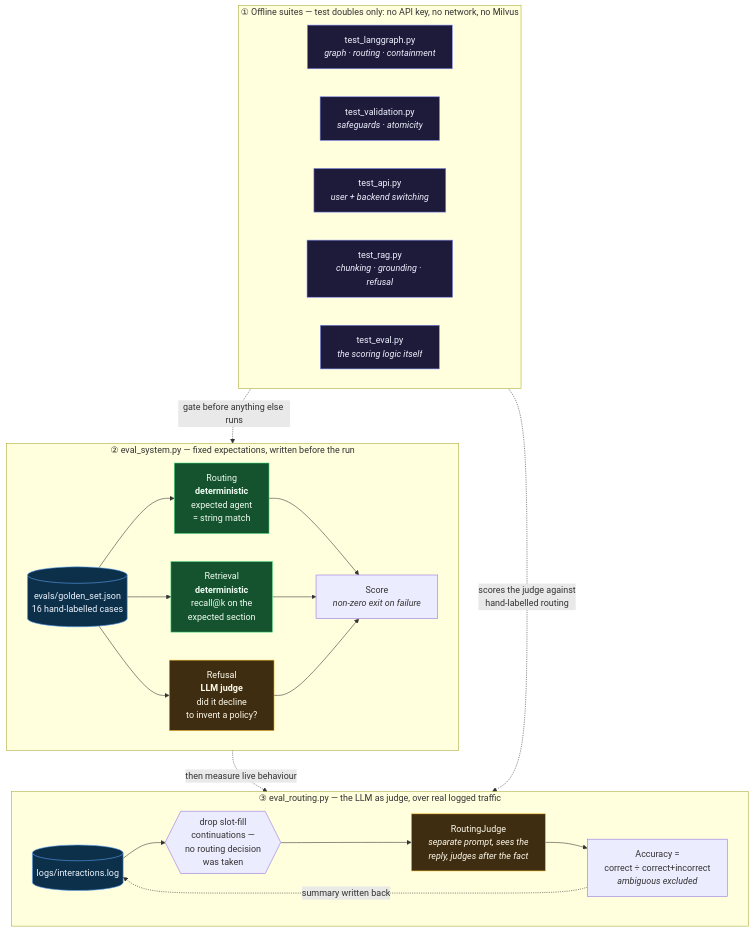
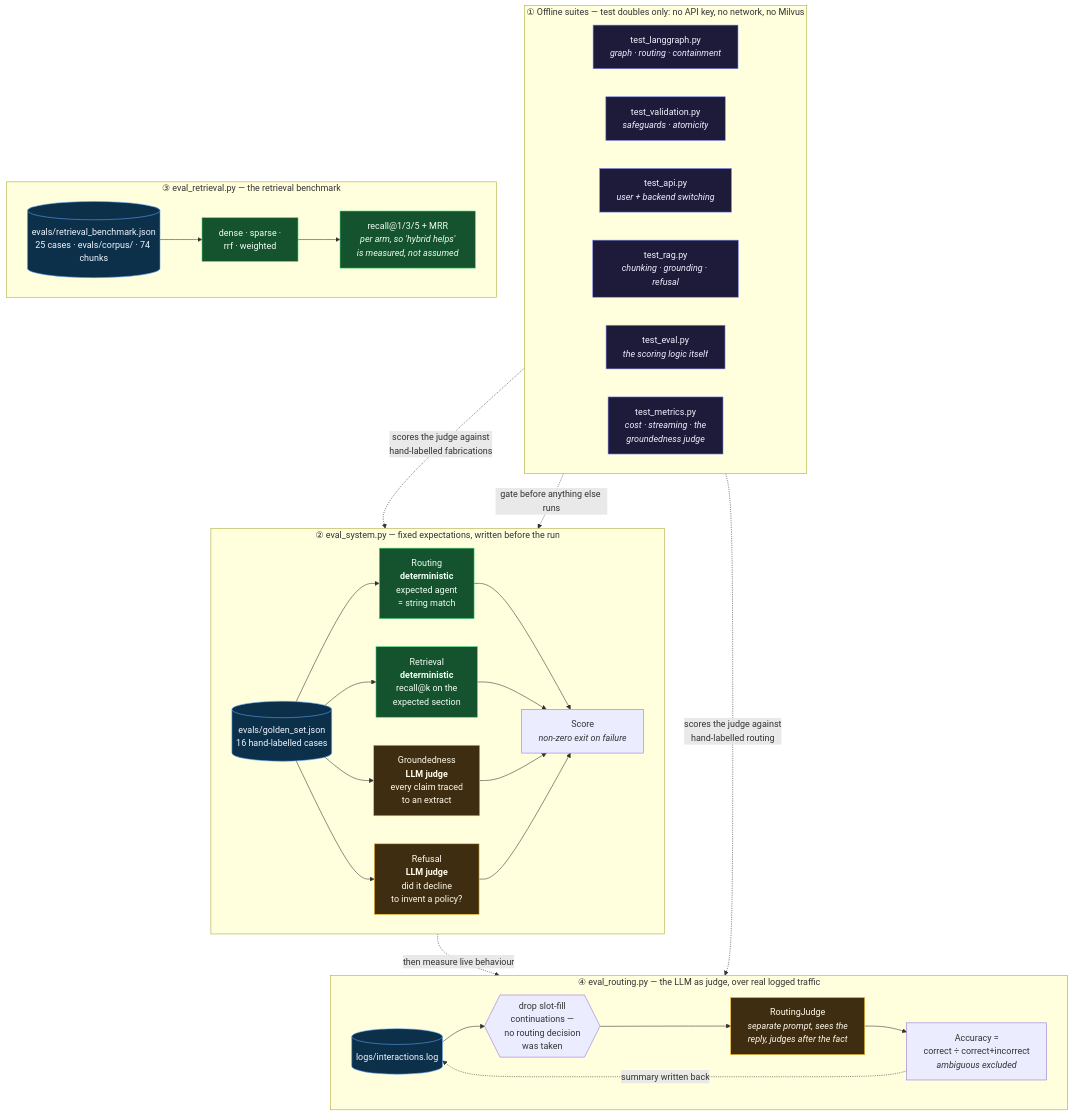
The fifth of 6 diagrams in README.md (mallahim01/hr_management-multiagent_orchestration), drawn with Mermaid before and after one commit. The commit also changed other lines of this file and 33 other files, not shown here.

Commit message:
Add metrics, evals, retrieval benchmark, and streaming

````diff
--- a/README.md
+++ b/README.md
@@ -433,43 +441,54 @@
 ```mermaid
 flowchart TB
     subgraph L1 ["① Offline suites — test doubles only: no API key, no network, no Milvus"]
         direction LR
         T1["test_langgraph.py<br><i>graph · routing · containment</i>"]
         T2["test_validation.py<br><i>safeguards · atomicity</i>"]
         T3["test_api.py<br><i>user + backend switching</i>"]
         T4["test_rag.py<br><i>chunking · grounding · refusal</i>"]
         T5["test_eval.py<br><i>the scoring logic itself</i>"]
+        T6["test_metrics.py<br><i>cost · streaming · the<br>groundedness judge</i>"]
     end
 
     subgraph L2 ["② eval_system.py — fixed expectations, written before the run"]
         direction LR
         GS[("evals/golden_set.json<br>16 hand-labelled cases")]
         GS --> S1["Routing<br><b>deterministic</b><br>expected agent<br>= string match"]
         GS --> S2["Retrieval<br><b>deterministic</b><br>recall@k on the<br>expected section"]
+        GS --> S4["Groundedness<br><b>LLM judge</b><br>every claim traced<br>to an extract"]
         GS --> S3["Refusal<br><b>LLM judge</b><br>did it decline<br>to invent a policy?"]
         S1 --> SC["Score<br><i>non-zero exit on failure</i>"]
         S2 --> SC
+        S4 --> SC
         S3 --> SC
     end
 
-    subgraph L3 ["③ eval_routing.py — the LLM as judge, over real logged traffic"]
+    subgraph L4 ["③ eval_retrieval.py — the retrieval benchmark"]
+        direction LR
+        RB[("evals/retrieval_benchmark.json<br>25 cases · evals/corpus/ · 74 chunks")]
+        RB --> ARMS["dense · sparse ·<br>rrf · weighted"]
+        ARMS --> REC["recall@1/3/5 + MRR<br><i>per arm, so 'hybrid helps'<br>is measured, not assumed</i>"]
+    end
+
+    subgraph L3 ["④ eval_routing.py — the LLM as judge, over real logged traffic"]
         direction LR
         LOGF[("logs/interactions.log")] --> SKIP{{"drop slot-fill<br>continuations —<br>no routing decision<br>was taken"}}
         SKIP --> RJ["RoutingJudge<br><i>separate prompt, sees the<br>reply, judges after the fact</i>"]
         RJ --> ACC["Accuracy =<br>correct ÷ correct+incorrect<br><i>ambiguous excluded</i>"]
     end
 
     L1 -.->|"gate before anything else runs"| L2
     L2 -.->|"then measure live behaviour"| L3
     T5 -. "scores the judge against<br>hand-labelled routing" .-> RJ
+    T6 -. "scores the judge against<br>hand-labelled fabrications" .-> S4
     ACC -. "summary written back" .-> LOGF
 
     classDef det fill:#14532d,stroke:#4ade80,color:#f0fdf4
     classDef judge fill:#3f2d12,stroke:#fbbf24,color:#fffbeb
     classDef store fill:#0c2f4a,stroke:#60a5fa,color:#eff6ff
     classDef test fill:#1e1b3a,stroke:#818cf8,color:#eef2ff
-    class S1,S2 det
-    class S3,RJ judge
-    class GS,LOGF store
-    class T1,T2,T3,T4,T5 test
+    class S1,S2,ARMS,REC det
+    class S3,S4,RJ judge
+    class GS,LOGF,RB store
+    class T1,T2,T3,T4,T5,T6 test
 ```
````
